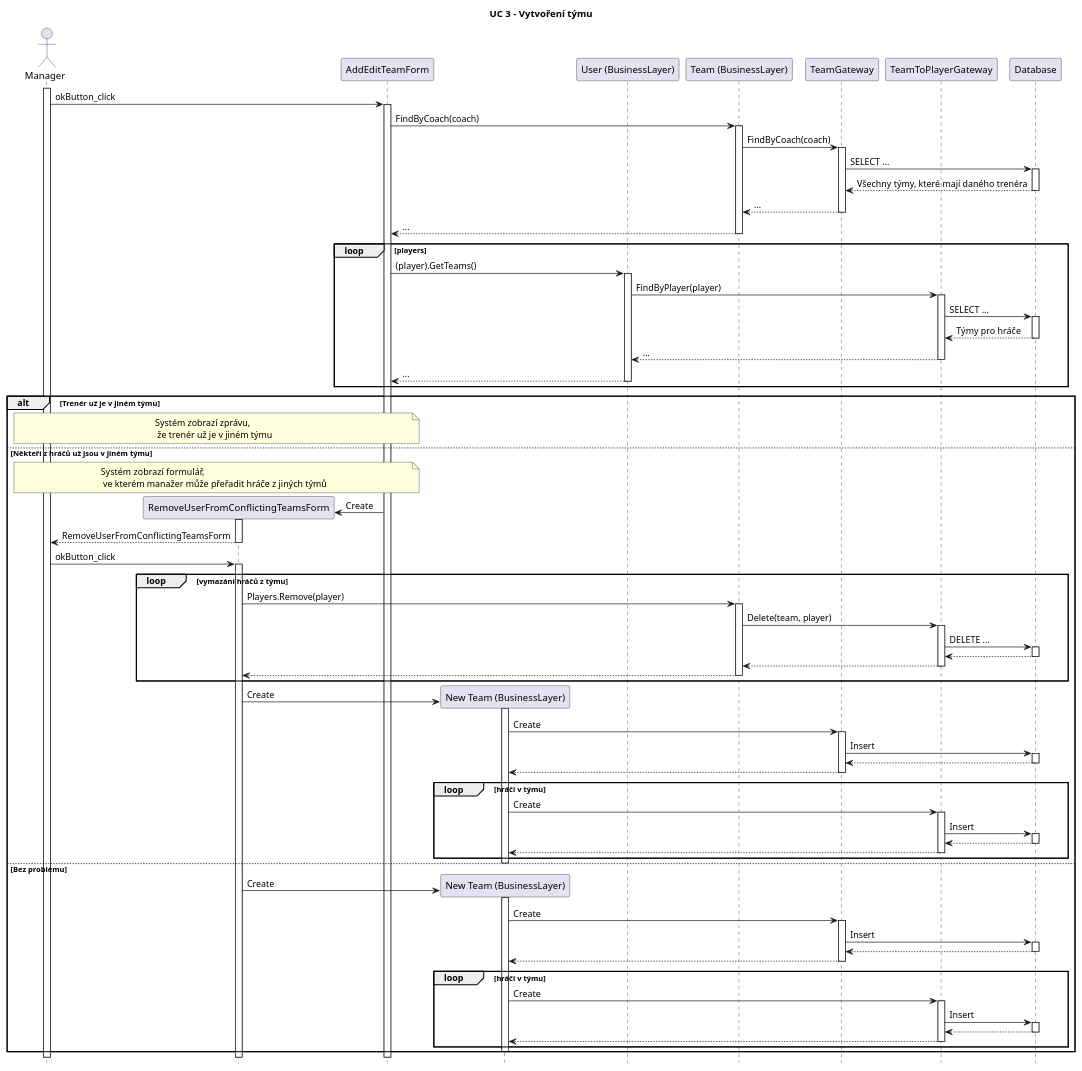
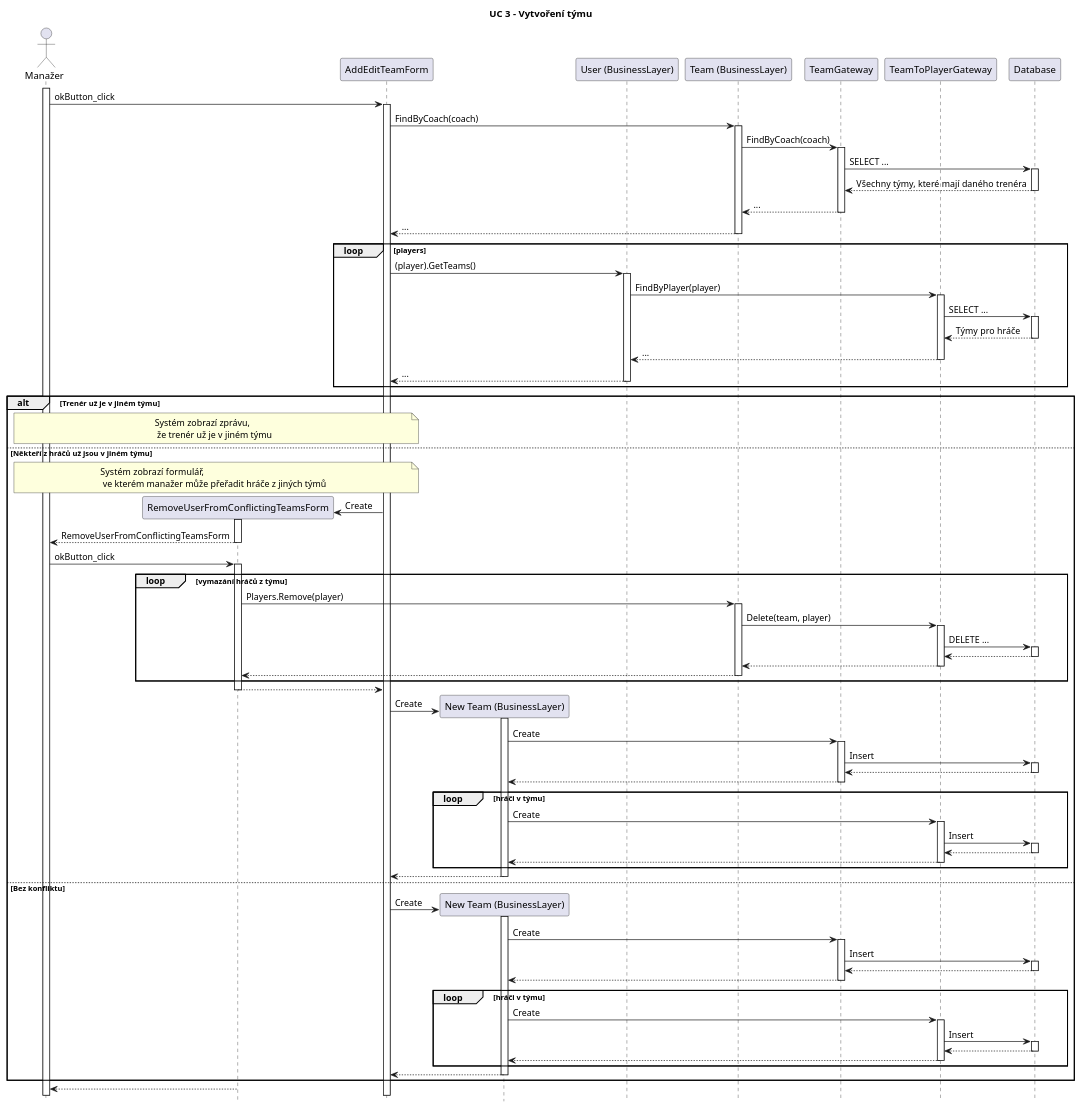
Before and after one commit to dminikm/EsportsIS: the diagram in UC3SequenceDiagram.puml, drawn with PlantUML. The commit also changed 4 other files, not shown here.

Commit message:
Diagram changes

```diff
--- a/UC3SequenceDiagram.puml
+++ b/UC3SequenceDiagram.puml
@@ -1,91 +1,98 @@
 @startuml
 
 hide footbox
 title UC 3 - Vytvoření týmu
 
-actor "Manager" as U
+actor "Manažer" as U
 participant "RemoveUserFromConflictingTeamsForm" as RUF
 participant "AddEditTeamForm" as AEF
 participant "New Team (BusinessLayer)" as NT
 participant "User (BusinessLayer)" as UBL
 participant "Team (BusinessLayer)" as TBL
 participant "TeamGateway" as TG
 participant "TeamToPlayerGateway" as TTPG
 participant "Database" as DB
 
 activate U
 autoactivate on
 
 U -> AEF : okButton_click
 
 ' Check coach
 
 AEF -> TBL : FindByCoach(coach)
 TBL -> TG : FindByCoach(coach)
 TG -> DB : SELECT ...
 TG <-- DB : Všechny týmy, které mají daného trenéra
 TBL <-- TG : ...
 AEF <-- TBL : ...
 
 ' Check players
 
 loop players
 	AEF -> UBL : (player).GetTeams()
 	UBL -> TTPG : FindByPlayer(player)
     TTPG -> DB : SELECT ...
     TTPG <-- DB : Týmy pro hráče 
     UBL <-- TTPG : ...
     AEF <-- UBL : ...
 end
 
 alt Trenér už je v jiném týmu
 	note over U,AEF : Systém zobrazí zprávu,\n že trenér už je v jiném týmu
 else Někteří z hráčů už jsou v jiném týmu
 	note over U,AEF : Systém zobrazí formulář,\n ve kterém manažer může přeřadit hráče z jiných týmů
     AEF -> RUF ** : Create
     activate RUF
     U <-- RUF : RemoveUserFromConflictingTeamsForm
     
     U -> RUF : okButton_click
     loop vymazání hráčů z týmu
     	RUF -> TBL : Players.Remove(player)
         TBL -> TTPG : Delete(team, player)
         TTPG -> DB : DELETE ...
         TTPG <-- DB :
         TBL <-- TTPG :
         RUF <-- TBL :
     end
     
-    RUF -> NT ** : Create
+    AEF <-- RUF
+
+    AEF -> NT ** : Create
     activate NT
     NT -> TG : Create
     TG -> DB : Insert
     TG <-- DB :
     NT <-- TG :
     
     loop hráči v týmu
     	NT -> TTPG : Create
         TTPG -> DB : Insert
         TTPG <-- DB :
         NT <-- TTPG :
     end
+
+    AEF <-- NT :
     deactivate NT
     
-else Bez problému
-	RUF -> NT ** : Create
+else Bez konfliktu
+	AEF -> NT ** : Create
     activate NT
     NT -> TG : Create
     TG -> DB : Insert
     TG <-- DB :
     NT <-- TG :
     
     loop hráči v týmu
     	NT -> TTPG : Create
         TTPG -> DB : Insert
         TTPG <-- DB :
         NT <-- TTPG :
     end
+    AEF <-- NT :
     deactivate NT
 end
 
+U <-- RUF :
+
 @enduml
```
